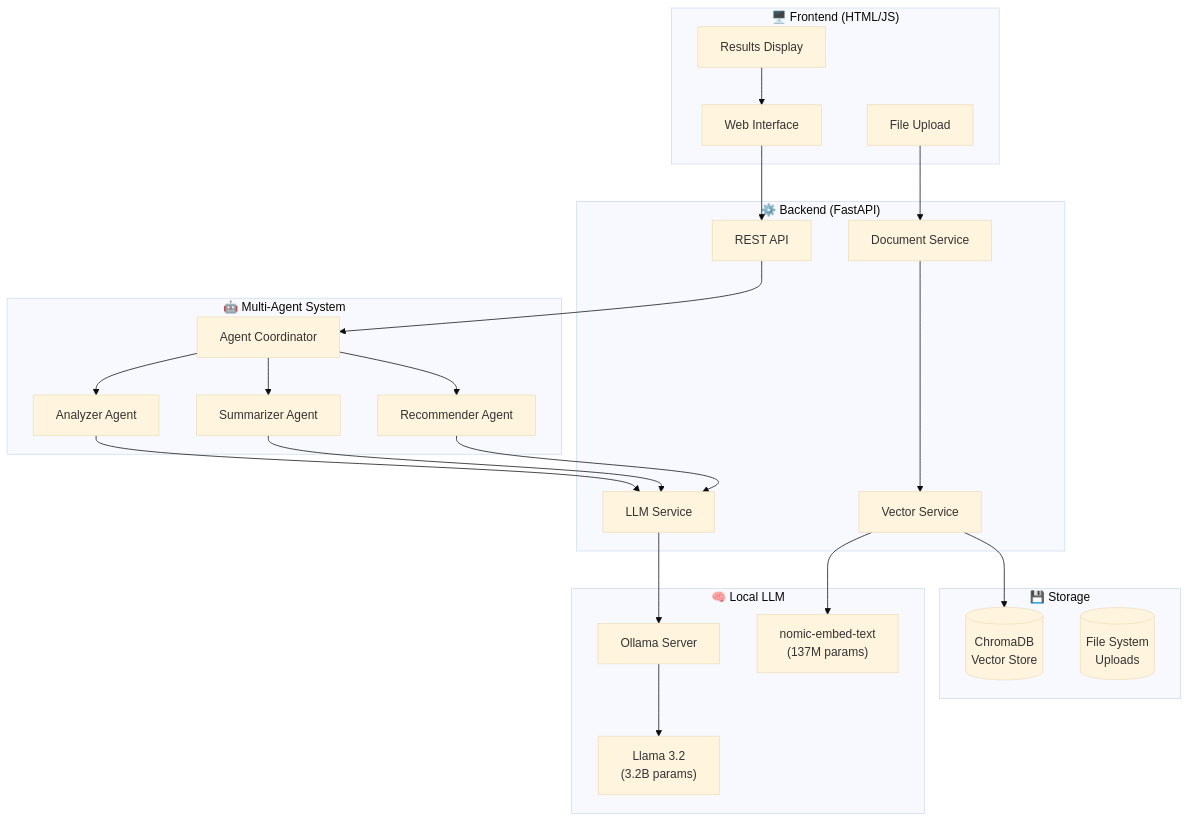
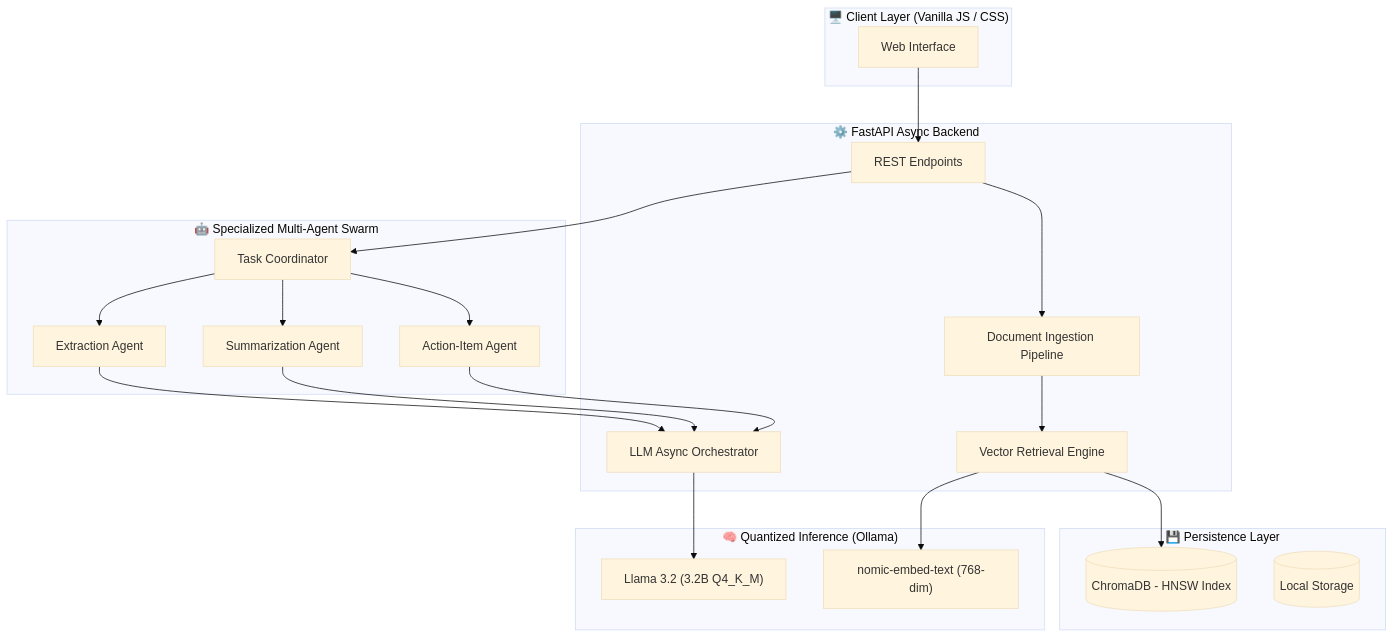
One commit to saciducak/SynapseAI---Rag-Project changed the diagram in README.md. Above: the diagram before and after it, drawn with Mermaid (base theme). The commit also changed other lines of this file, not shown here.

````diff
--- a/README.md
+++ b/README.md
@@ -13,49 +24,44 @@
 ```mermaid
 flowchart TB
-    subgraph Frontend["🖥️ Frontend (HTML/JS)"]
+    subgraph Client["🖥️ Client Layer (Vanilla JS / CSS)"]
         UI[Web Interface]
-        Upload[File Upload]
-        Display[Results Display]
     end
     
-    subgraph Backend["⚙️ Backend (FastAPI)"]
-        API[REST API]
-        DocService[Document Service]
-        VectorService[Vector Service]
-        LLMService[LLM Service]
+    subgraph CoreBackend["⚙️ FastAPI Async Backend"]
+        API[REST Endpoints]
+        DocPipeline[Document Ingestion Pipeline]
+        VectorEngine[Vector Retrieval Engine]
+        LLMOrchestrator[LLM Async Orchestrator]
     end
     
-    subgraph Agents["🤖 Multi-Agent System"]
-        Coordinator[Agent Coordinator]
-        Analyzer[Analyzer Agent]
-        Summarizer[Summarizer Agent]
-        Recommender[Recommender Agent]
+    subgraph AgenticSystem["🤖 Specialized Multi-Agent Swarm"]
+        Coordinator[Task Coordinator]
+        Analyzer[Extraction Agent]
+        Summarizer[Summarization Agent]
+        Recommender[Action-Item Agent]
     end
     
-    subgraph Storage["💾 Storage"]
-        ChromaDB[(ChromaDB<br/>Vector Store)]
-        FileSystem[(File System<br/>Uploads)]
+    subgraph DataStore["💾 Persistence Layer"]
+        ChromaDB[(ChromaDB - HNSW Index)]
+        FileSystem[(Local Storage)]
     end
     
-    subgraph LLM["🧠 Local LLM"]
-        Ollama[Ollama Server]
-        Llama["Llama 3.2<br/>(3.2B params)"]
-        Embed["nomic-embed-text<br/>(137M params)"]
+    subgraph InferenceEngine["🧠 Quantized Inference (Ollama)"]
+        Llama["Llama 3.2 (3.2B Q4_K_M)"]
+        Embed["nomic-embed-text (768-dim)"]
     end
     
     UI --> API
-    Upload --> DocService
-    DocService --> VectorService
-    VectorService --> ChromaDB
-    VectorService --> Embed
+    API --> DocPipeline
+    DocPipeline --> VectorEngine
+    VectorEngine --> ChromaDB
+    VectorEngine --> Embed
     API --> Coordinator
     Coordinator --> Analyzer
     Coordinator --> Summarizer
     Coordinator --> Recommender
-    Analyzer --> LLMService
-    Summarizer --> LLMService
-    Recommender --> LLMService
-    LLMService --> Ollama
-    Ollama --> Llama
-    Display --> UI
+    Analyzer --> LLMOrchestrator
+    Summarizer --> LLMOrchestrator
+    Recommender --> LLMOrchestrator
+    LLMOrchestrator --> Llama
 ```
````
